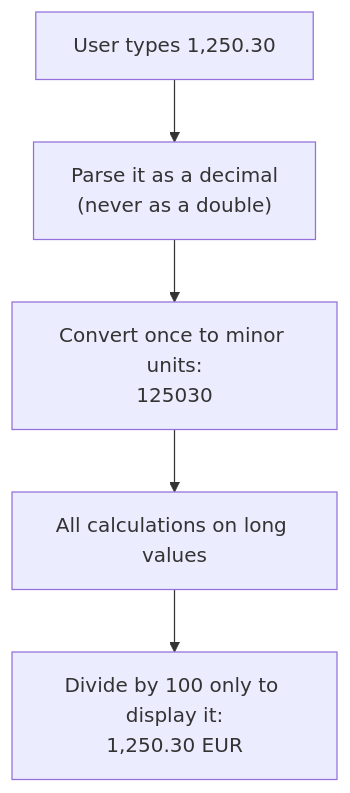
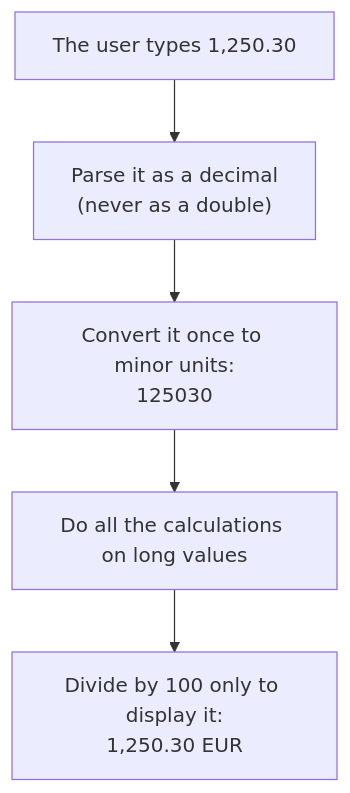
Before and after one commit to callasalvatore/csharp-algorithms: the third of 5 diagrams in appendix/A-money-in-code.md, drawn with Mermaid. The commit also changed other lines of this file and 2 other files, not shown here.

````diff
--- a/appendix/A-money-in-code.md
+++ b/appendix/A-money-in-code.md
@@ -131,7 +113,7 @@
 ```mermaid
 flowchart TB
-    I["User types 1,250.30"] --> P["Parse it as a decimal<br/>(never as a double)"]
-    P --> X["Convert once to minor units:<br/>125030"]
-    X --> W["All calculations on long values"]
+    I["The user types 1,250.30"] --> P["Parse it as a decimal<br/>(never as a double)"]
+    P --> X["Convert it once to minor units:<br/>125030"]
+    X --> W["Do all the calculations on long values"]
     W --> O["Divide by 100 only to display it:<br/>1,250.30 EUR"]
 ```
````
